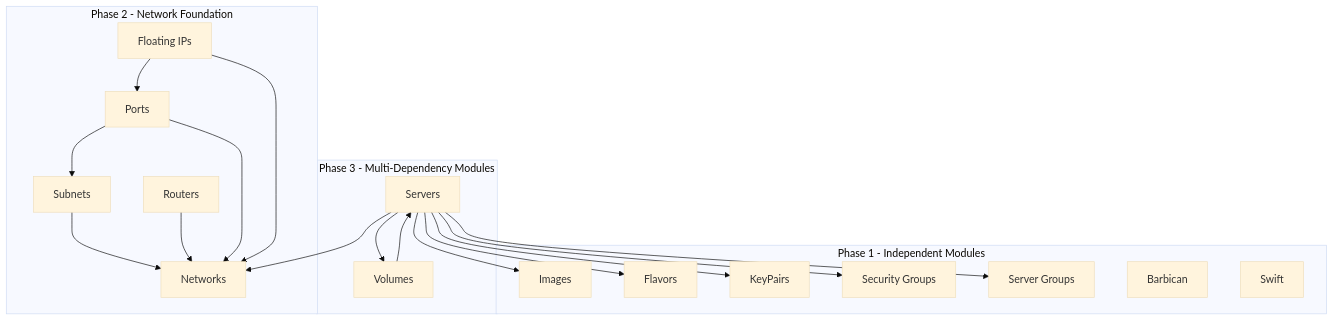
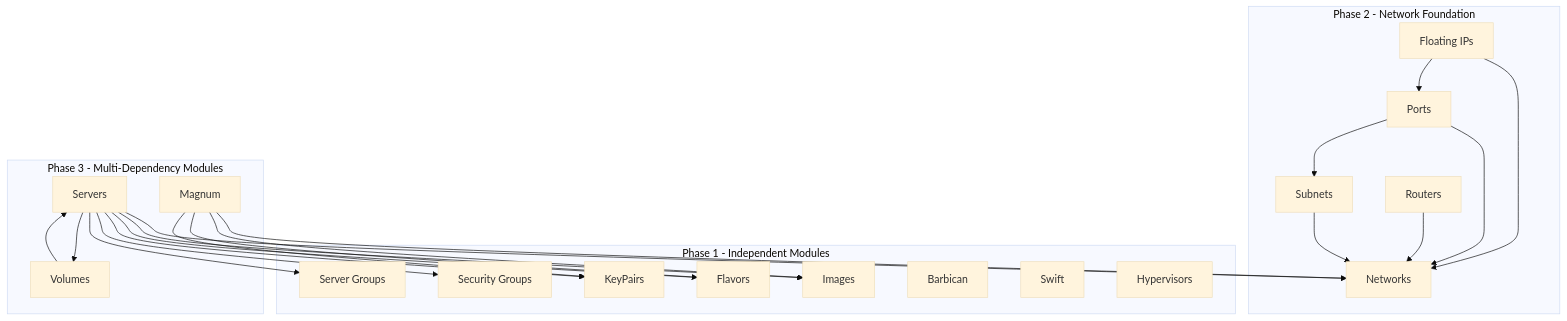
One commit to bluejayA/substation changed the diagram in docs/reference/modules/index.md. Above: the diagram before and after it, drawn with Mermaid (base theme). The commit also changed other lines of this file and 13 other files, not shown here.

````diff
--- a/docs/reference/modules/index.md
+++ b/docs/reference/modules/index.md
@@ -48,41 +50,47 @@
 ```mermaid
 graph TD
     subgraph "Phase 1 - Independent Modules"
         Images[Images]
         Flavors[Flavors]
         KeyPairs[KeyPairs]
         SecurityGroups[Security Groups]
         ServerGroups[Server Groups]
         Barbican[Barbican]
         Swift[Swift]
+        Hypervisors[Hypervisors]
     end
 
     subgraph "Phase 2 - Network Foundation"
         Networks[Networks]
         Subnets[Subnets]
         Routers[Routers]
         Ports[Ports]
         FloatingIPs[Floating IPs]
 
         Subnets --> Networks
         Routers --> Networks
         Ports --> Networks
         Ports --> Subnets
         FloatingIPs --> Networks
         FloatingIPs --> Ports
     end
 
     subgraph "Phase 3 - Multi-Dependency Modules"
         Servers[Servers]
         Volumes[Volumes]
+        Magnum[Magnum]
 
         Servers --> Networks
         Servers --> Images
         Servers --> Flavors
         Servers --> KeyPairs
         Servers --> SecurityGroups
         Servers --> ServerGroups
         Servers --> Volumes
         Volumes --> Servers
+        Magnum --> Networks
+        Magnum --> Images
+        Magnum --> Flavors
+        Magnum --> KeyPairs
     end
 ```
````
